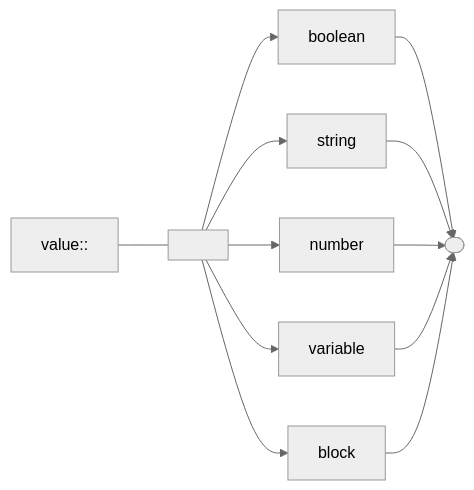
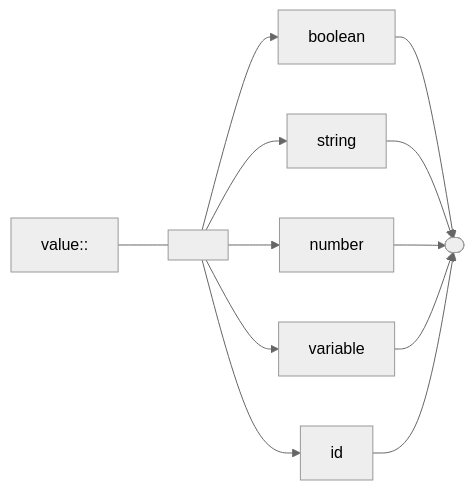
Diagram 15 of 20 in README.md (andrewfstratton/quandoscript), drawn with Mermaid (neutral theme) before and after one commit. The commit also changed other lines of this file, not shown here.

Commit message:
remove whitespacing, replace blocks with end sequence

````diff
--- a/README.md
+++ b/README.md
@@ -66,10 +107,10 @@
 ```mermaid
 graph LR
     stop([ ])
     value:: --- l[ ]
     l--> boolean -->stop
     l--> string -->stop
     l--> number -->stop
     l--> variable -->stop
-    l--> block -->stop
+    l--> id -->stop
 ```
````
